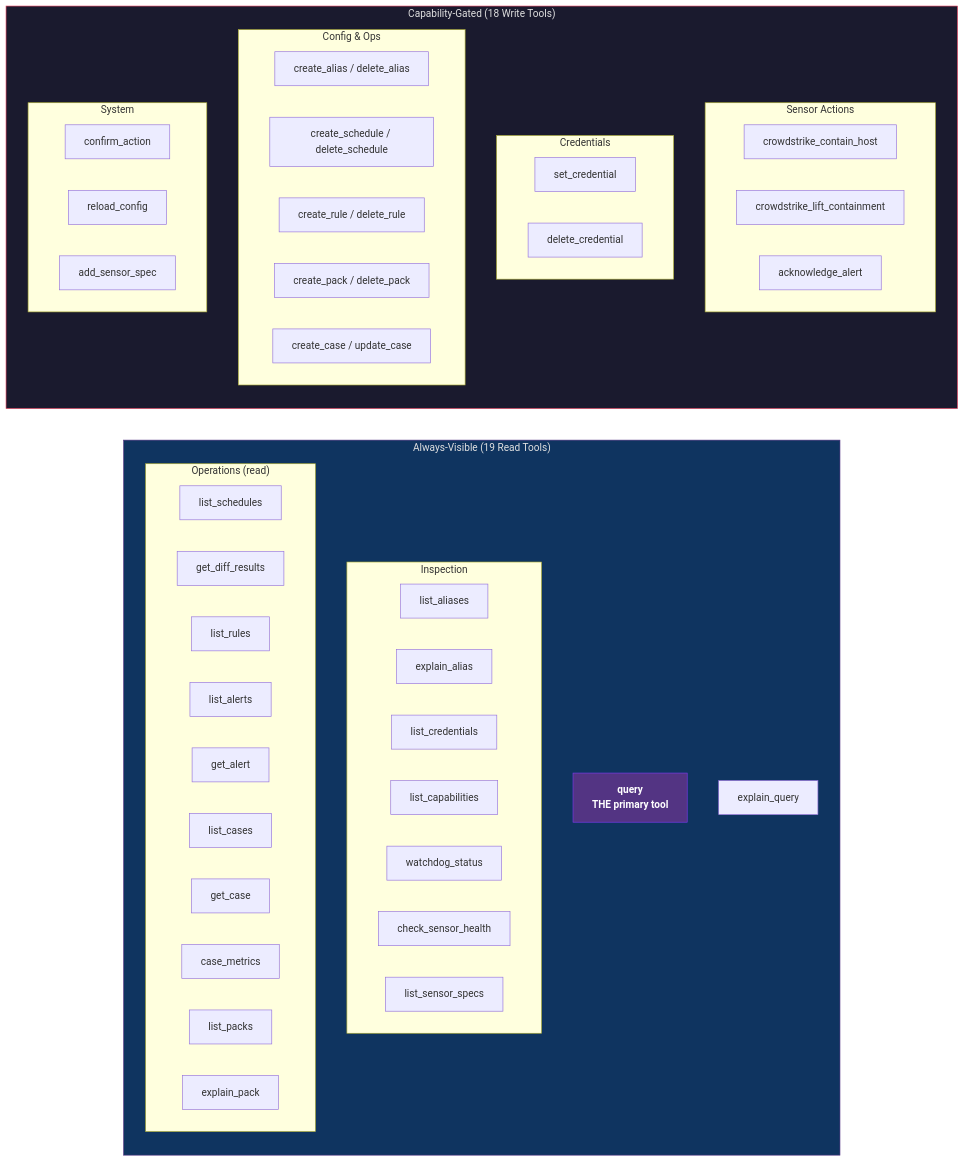
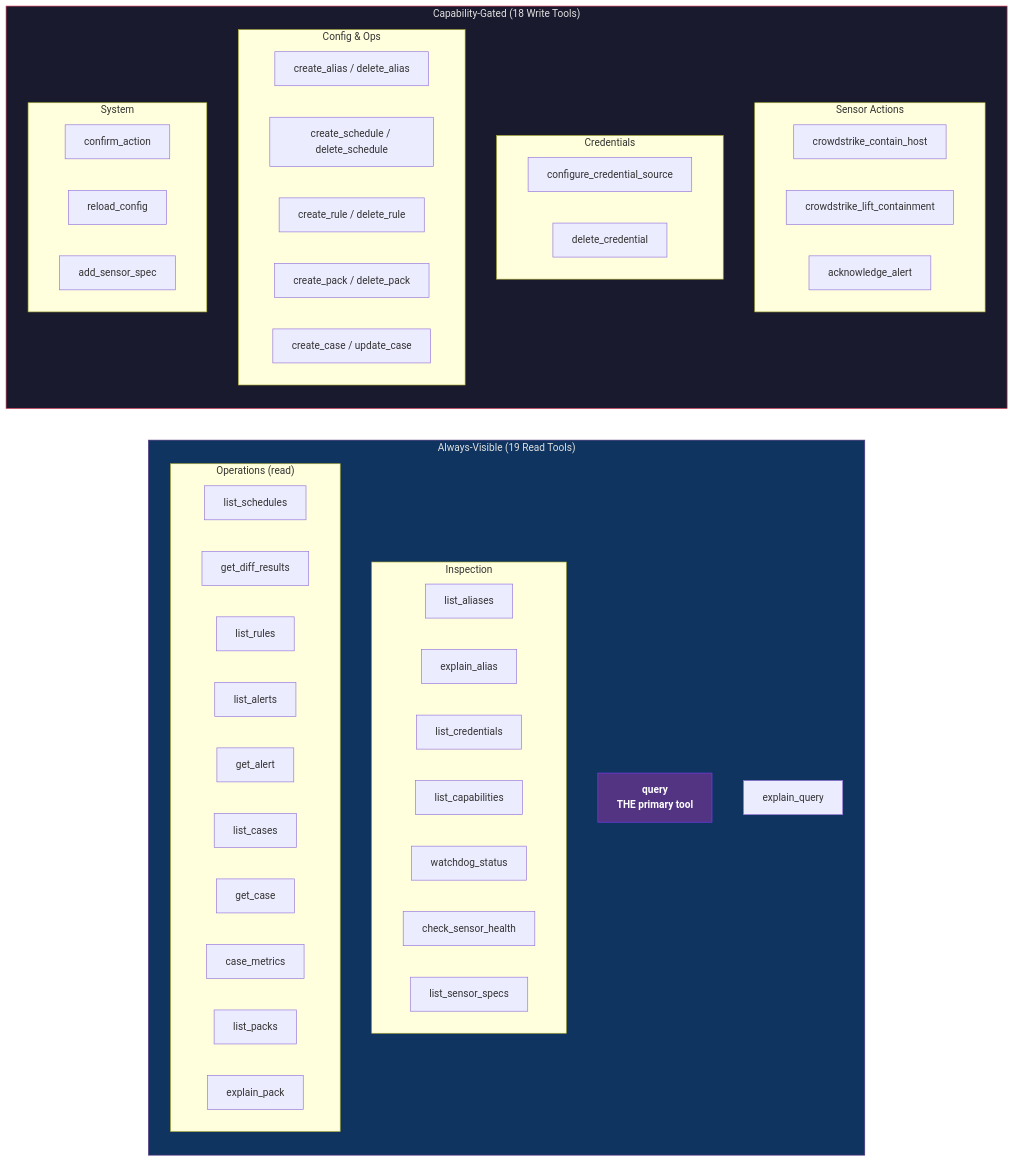
One commit to drbothen/prism changed the first of 3 diagrams in specs/architecture/api-surface.md. Above: the diagram before and after it, drawn with Mermaid. The commit also changed other lines of this file and 27 other files, not shown here.

First line of the commit message:
factory(phase-2): architecture review additions — credentials, JOINs, plugins, infusions, actions, observability

````diff
--- a/specs/architecture/api-surface.md
+++ b/specs/architecture/api-surface.md
@@ -22,58 +22,58 @@
 ```mermaid
 graph LR
     subgraph VISIBLE["Always-Visible (19 Read Tools)"]
         direction TB
         Q["query<br/><b>THE primary tool</b>"]
         EQ["explain_query"]
         subgraph INSPECT["Inspection"]
             LA["list_aliases"]
             EA["explain_alias"]
             LC["list_credentials"]
             LCap["list_capabilities"]
             WS["watchdog_status"]
             CSH["check_sensor_health"]
             LSS["list_sensor_specs"]
         end
         subgraph OPS_READ["Operations (read)"]
             LS["list_schedules"]
             GD["get_diff_results"]
             LR["list_rules"]
             LAl["list_alerts"]
             GA["get_alert"]
             LCs["list_cases"]
             GC["get_case"]
             CM["case_metrics"]
             LP["list_packs"]
             EP["explain_pack"]
         end
     end
 
     subgraph GATED["Capability-Gated (18 Write Tools)"]
         direction TB
         subgraph SENSOR_WRITE["Sensor Actions"]
             CH["crowdstrike_contain_host"]
             CL["crowdstrike_lift_containment"]
             AA["acknowledge_alert"]
         end
         subgraph CRED_WRITE["Credentials"]
-            SC["set_credential"]
+            SC["configure_credential_source"]
             DC["delete_credential"]
         end
         subgraph CONFIG_WRITE["Config & Ops"]
             CA2["create_alias / delete_alias"]
             CS2["create_schedule / delete_schedule"]
             CR2["create_rule / delete_rule"]
             CP2["create_pack / delete_pack"]
             CC2["create_case / update_case"]
         end
         subgraph SYSTEM["System"]
             CONF["confirm_action"]
             RC["reload_config"]
             AS["add_sensor_spec"]
         end
     end
 
     style VISIBLE fill:#0f3460,stroke:#533483,color:#e0e0e0
     style GATED fill:#1a1a2e,stroke:#e94560,color:#e0e0e0
     style Q fill:#533483,stroke:#7c3aed,color:#fff,font-weight:bold
 ```
````
